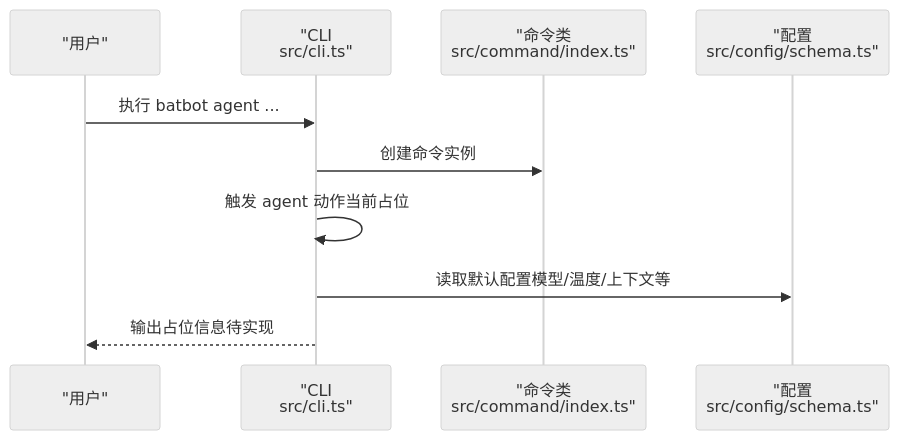
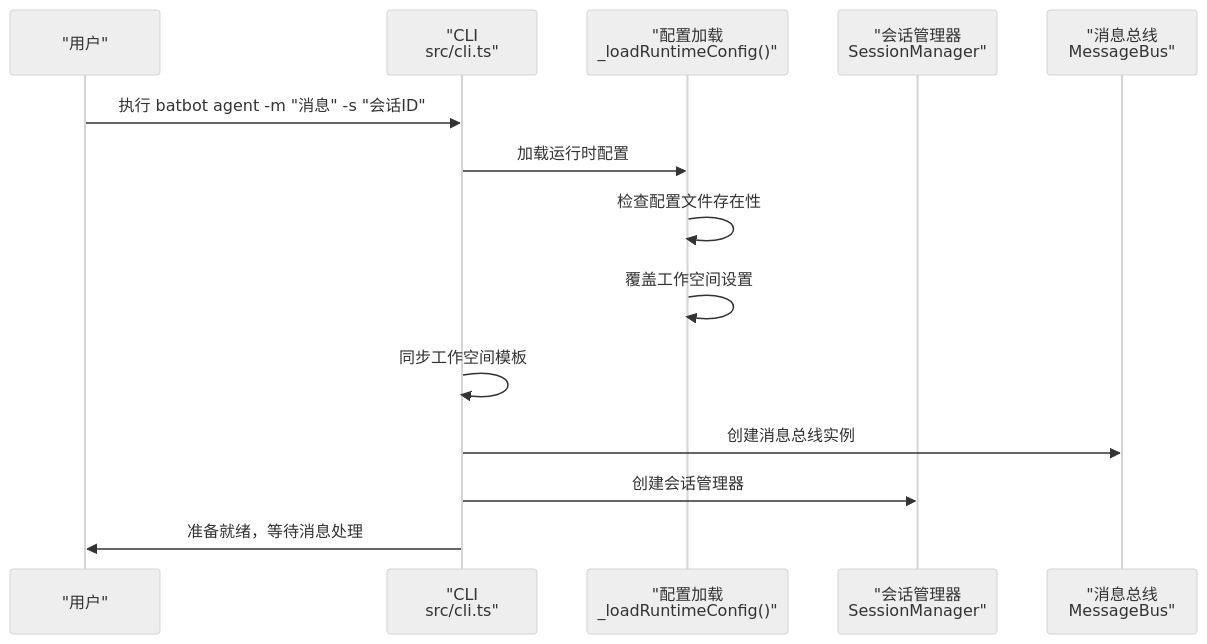
Before and after one commit to neciszhang/batbot: the third of 7 diagrams in .qoder/repowiki/zh/content/命令参考手册/代理命令 (agent).md, drawn with Mermaid (neutral theme). The commit also changed other lines of this file and 13 other files, not shown here.

````diff
--- a/.qoder/repowiki/zh/content/命令参考手册/代理命令 (agent).md
+++ b/.qoder/repowiki/zh/content/命令参考手册/代理命令 (agent).md
@@ -126,12 +161,16 @@
 ```mermaid
 sequenceDiagram
 participant U as "用户"
 participant CLI as "CLI<br/>src/cli.ts"
-participant CMD as "命令类<br/>src/command/index.ts"
-participant CFG as "配置<br/>src/config/schema.ts"
-U->>CLI : 执行 batbot agent ...
-CLI->>CMD : 创建命令实例
-CLI->>CLI : 触发 agent 动作当前占位
-CLI->>CFG : 读取默认配置模型/温度/上下文等
-CLI-->>U : 输出占位信息待实现
+participant CFG as "配置加载<br/>_loadRuntimeConfig()"
+participant SES as "会话管理器<br/>SessionManager"
+participant BUS as "消息总线<br/>MessageBus"
+U->>CLI : 执行 batbot agent -m "消息" -s "会话ID"
+CLI->>CFG : 加载运行时配置
+CFG->>CFG : 检查配置文件存在性
+CFG->>CFG : 覆盖工作空间设置
+CLI->>CLI : 同步工作空间模板
+CLI->>BUS : 创建消息总线实例
+CLI->>SES : 创建会话管理器
+CLI->>U : 准备就绪，等待消息处理
 ```
````
